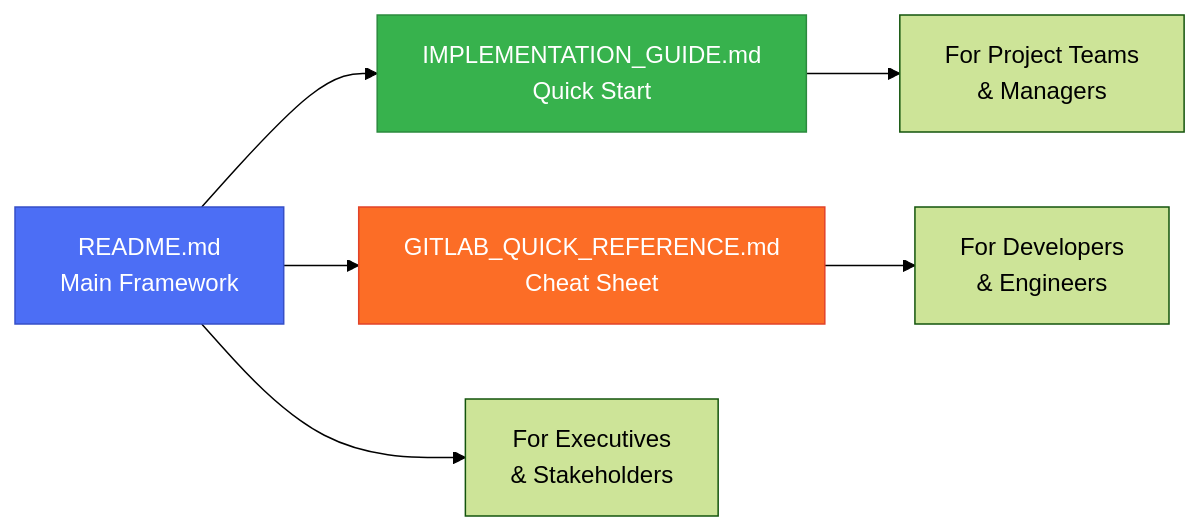
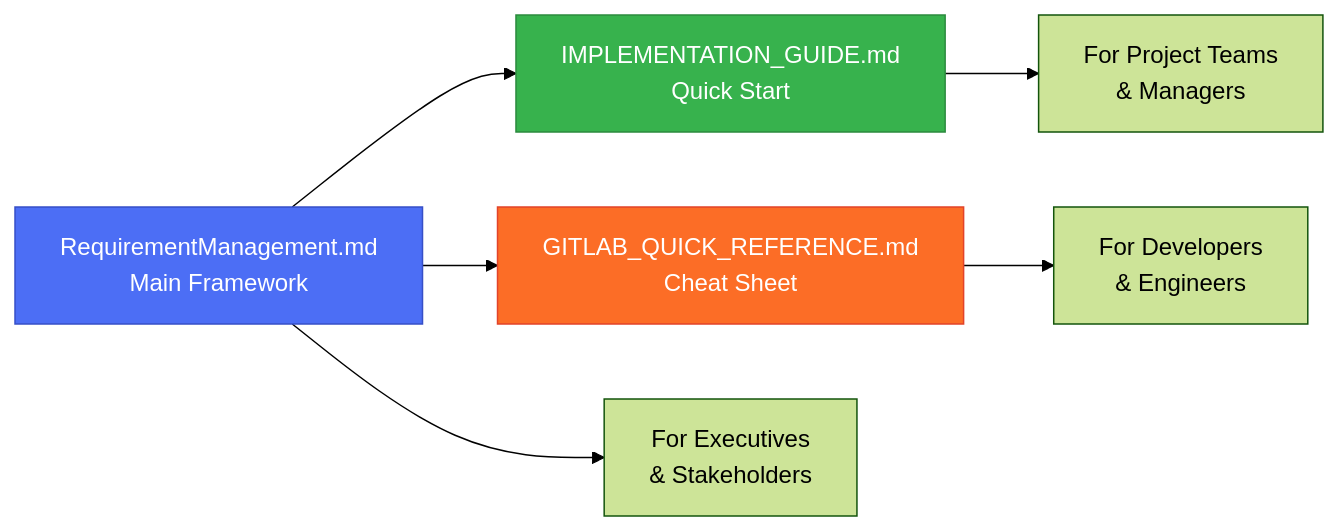
One commit to gitpavleenbali/DevOps-PPT-People-Processes-and-Tools changed diagram 39 of 39 in Requirement Management/RequirementManagement.md. Above: the diagram before and after it, drawn with Mermaid (forest theme). The commit also changed other lines of this file, not shown here.

````diff
--- a/Requirement Management/RequirementManagement.md
+++ b/Requirement Management/RequirementManagement.md
@@ -1561,13 +1571,13 @@
 ```mermaid
 graph LR
-    MAIN[README.md<br/>Main Framework] --> IMPL[IMPLEMENTATION_GUIDE.md<br/>Quick Start]
+    MAIN[RequirementManagement.md<br/>Main Framework] --> IMPL[IMPLEMENTATION_GUIDE.md<br/>Quick Start]
     MAIN --> QUICK[GITLAB_QUICK_REFERENCE.md<br/>Cheat Sheet]
     
     IMPL --> TEAM[For Project Teams<br/>& Managers]
     QUICK --> DEV[For Developers<br/>& Engineers]
     MAIN --> EXEC[For Executives<br/>& Stakeholders]
     
     style MAIN fill:#4c6ef5,stroke:#364fc7,color:#fff
     style IMPL fill:#37b24d,stroke:#2b8a3e,color:#fff
     style QUICK fill:#fc6d26,stroke:#e24329,color:#fff
 ```
````
